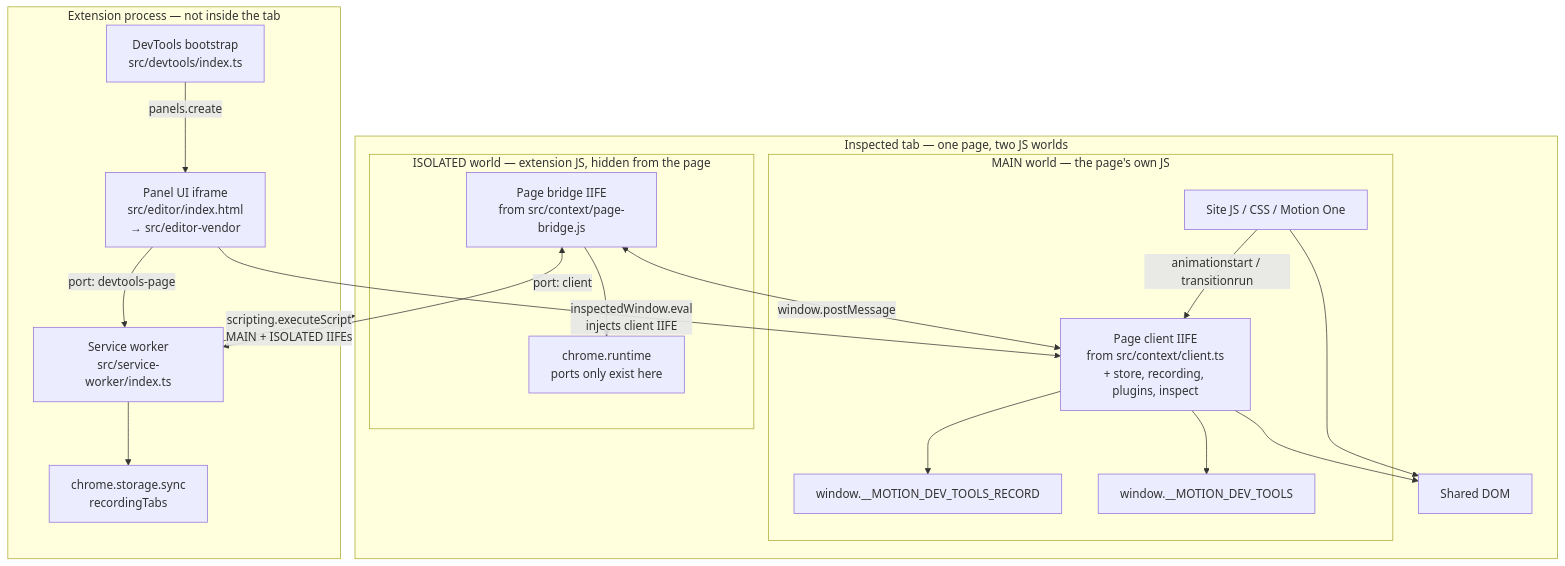
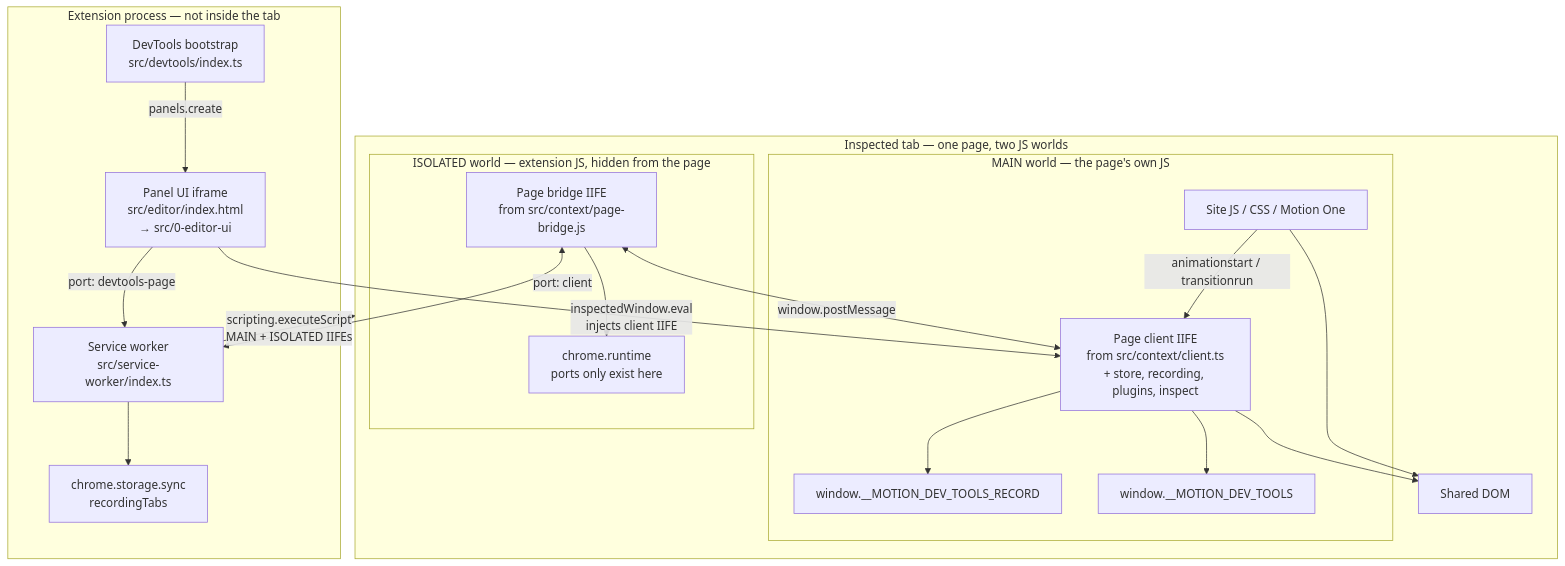
One commit to maxzz/transitions-chrome changed the first of 5 diagrams in assets/docs/2026.09.12.26, 1, page_animation_inject.md. Above: the diagram before and after it, drawn with Mermaid. The commit also changed other lines of this file and 30 other files, not shown here.

````diff
--- a/assets/docs/2026.09.12.26, 1, page_animation_inject.md
+++ b/assets/docs/2026.09.12.26, 1, page_animation_inject.md
@@ -232,39 +232,39 @@
 ```mermaid
 flowchart TB
   subgraph InspectedTab["Inspected tab — one page, two JS worlds"]
     subgraph MainWorld["MAIN world — the page's own JS"]
       SiteJS["Site JS / CSS / Motion One"]
       Client["Page client IIFE<br/>from src/context/client.ts<br/>+ store, recording, plugins, inspect"]
       Hook["window.__MOTION_DEV_TOOLS_RECORD"]
       Flags["window.__MOTION_DEV_TOOLS"]
       SiteJS -->|"animationstart / transitionrun"| Client
       Client --> Hook
       Client --> Flags
     end
 
     subgraph IsolatedWorld["ISOLATED world — extension JS, hidden from the page"]
       Bridge["Page bridge IIFE<br/>from src/context/page-bridge.js"]
       ChromeAPI["chrome.runtime<br/>ports only exist here"]
       Bridge --> ChromeAPI
     end
 
     DOM["Shared DOM"]
     SiteJS --> DOM
     Client --> DOM
   end
 
   subgraph ExtProcess["Extension process — not inside the tab"]
     SW["Service worker<br/>src/service-worker/index.ts"]
     DT["DevTools bootstrap<br/>src/devtools/index.ts"]
-    Editor["Panel UI iframe<br/>src/editor/index.html<br/>→ src/editor-vendor"]
+    Editor["Panel UI iframe<br/>src/editor/index.html<br/>→ src/0-editor-ui"]
     Storage["chrome.storage.sync<br/>recordingTabs"]
     DT -->|"panels.create"| Editor
     Editor -->|"port: devtools-page"| SW
     SW --> Storage
   end
 
   Bridge <-->|"window.postMessage"| Client
   Bridge <-->|"port: client"| SW
   Editor -->|"inspectedWindow.eval<br/>injects client IIFE"| Client
   SW -->|"scripting.executeScript<br/>MAIN + ISOLATED IIFEs"| InspectedTab
 ```
````
